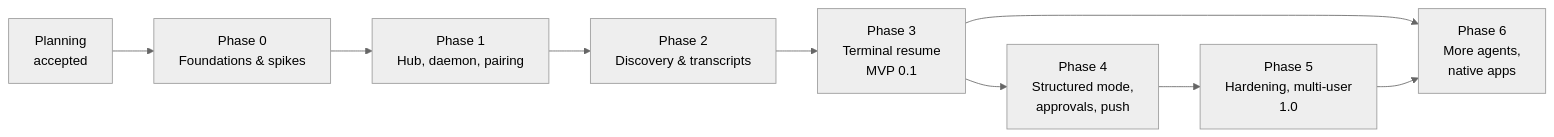
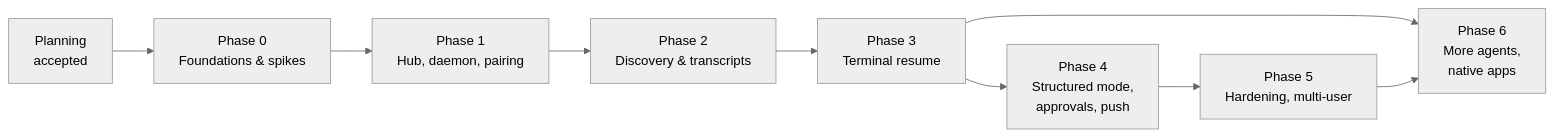
Before and after one commit to AlexanderWagnerDev/agent-nexus: the first of 2 diagrams in docs/ROADMAP.md, drawn with Mermaid (neutral theme). The commit also changed other lines of this file and 10 other files, not shown here.

````diff
--- a/docs/ROADMAP.md
+++ b/docs/ROADMAP.md
@@ -10,11 +10,11 @@
 ```mermaid
 flowchart LR
     P[Planning<br/>accepted] --> P0[Phase 0<br/>Foundations & spikes]
     P0 --> P1[Phase 1<br/>Hub, daemon, pairing]
     P1 --> P2[Phase 2<br/>Discovery & transcripts]
-    P2 --> P3[Phase 3<br/>Terminal resume<br/>MVP 0.1]
+    P2 --> P3[Phase 3<br/>Terminal resume]
     P3 --> P4[Phase 4<br/>Structured mode,<br/>approvals, push]
-    P4 --> P5[Phase 5<br/>Hardening, multi-user<br/>1.0]
+    P4 --> P5[Phase 5<br/>Hardening, multi-user]
     P3 --> P6[Phase 6<br/>More agents,<br/>native apps]
     P5 --> P6
 ```
````
